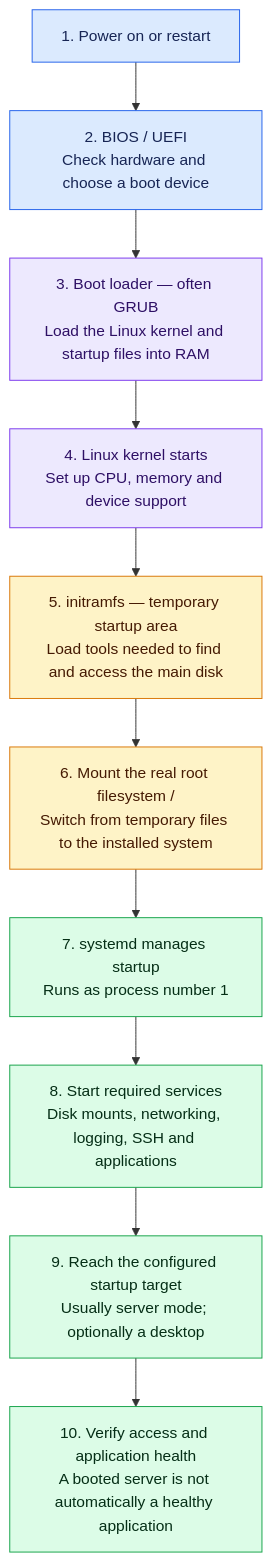
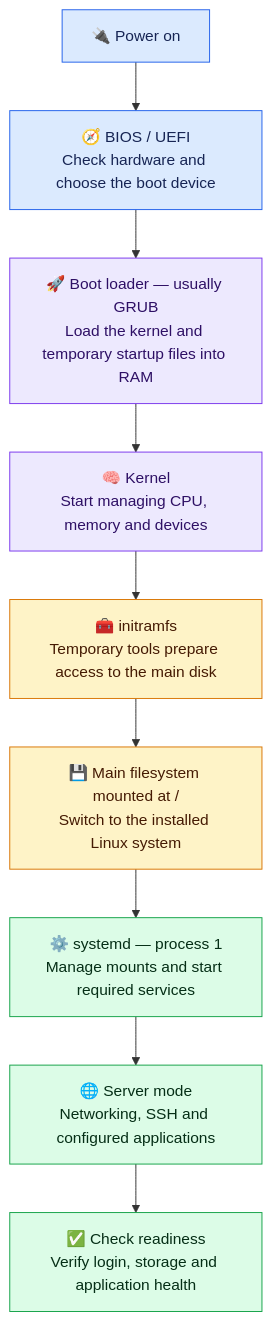
Before and after one commit to shamim-iq/Senior-DevOps-Interview-Prep: the diagram in Phase 1/linux/Linux-Boot-Process.md, drawn with Mermaid. The commit also changed other lines of this file, not shown here.

Commit message:
Simplify Linux boot guide with visual steps

````diff
--- a/Phase 1/linux/Linux-Boot-Process.md
+++ b/Phase 1/linux/Linux-Boot-Process.md
@@ -7,20 +8,19 @@
 ```mermaid
 flowchart TD
-    A["1. Power on or restart"] --> B["2. BIOS / UEFI<br/>Check hardware and choose a boot device"]
-    B --> C["3. Boot loader — often GRUB<br/>Load the Linux kernel and startup files into RAM"]
-    C --> D["4. Linux kernel starts<br/>Set up CPU, memory and device support"]
-    D --> E["5. initramfs — temporary startup area<br/>Load tools needed to find and access the main disk"]
-    E --> F["6. Mount the real root filesystem /<br/>Switch from temporary files to the installed system"]
-    F --> G["7. systemd manages startup<br/>Runs as process number 1"]
-    G --> H["8. Start required services<br/>Disk mounts, networking, logging, SSH and applications"]
-    H --> I["9. Reach the configured startup target<br/>Usually server mode; optionally a desktop"]
-    I --> J["10. Verify access and application health<br/>A booted server is not automatically a healthy application"]
-    classDef hardware fill:#dbeafe,stroke:#2563eb,color:#172554;
-    classDef loading fill:#ede9fe,stroke:#7c3aed,color:#2e1065;
-    classDef storage fill:#fef3c7,stroke:#d97706,color:#451a03;
-    classDef services fill:#dcfce7,stroke:#16a34a,color:#052e16;
-    class A,B hardware;
-    class C,D loading;
-    class E,F storage;
-    class G,H,I,J services;
+    A["🔌 Power on"] --> B["🧭 BIOS / UEFI<br/>Check hardware and choose the boot device"]
+    B --> C["🚀 Boot loader — usually GRUB<br/>Load the kernel and temporary startup files into RAM"]
+    C --> D["🧠 Kernel<br/>Start managing CPU, memory and devices"]
+    D --> E["🧰 initramfs<br/>Temporary tools prepare access to the main disk"]
+    E --> F["💾 Main filesystem mounted at /<br/>Switch to the installed Linux system"]
+    F --> G["⚙️ systemd — process 1<br/>Manage mounts and start required services"]
+    G --> H["🌐 Server mode<br/>Networking, SSH and configured applications"]
+    H --> I["✅ Check readiness<br/>Verify login, storage and application health"]
+    classDef blue fill:#dbeafe,stroke:#2563eb,color:#172554;
+    classDef purple fill:#ede9fe,stroke:#7c3aed,color:#2e1065;
+    classDef amber fill:#fef3c7,stroke:#d97706,color:#451a03;
+    classDef green fill:#dcfce7,stroke:#16a34a,color:#052e16;
+    class A,B blue;
+    class C,D purple;
+    class E,F amber;
+    class G,H,I green;
 ```
````
